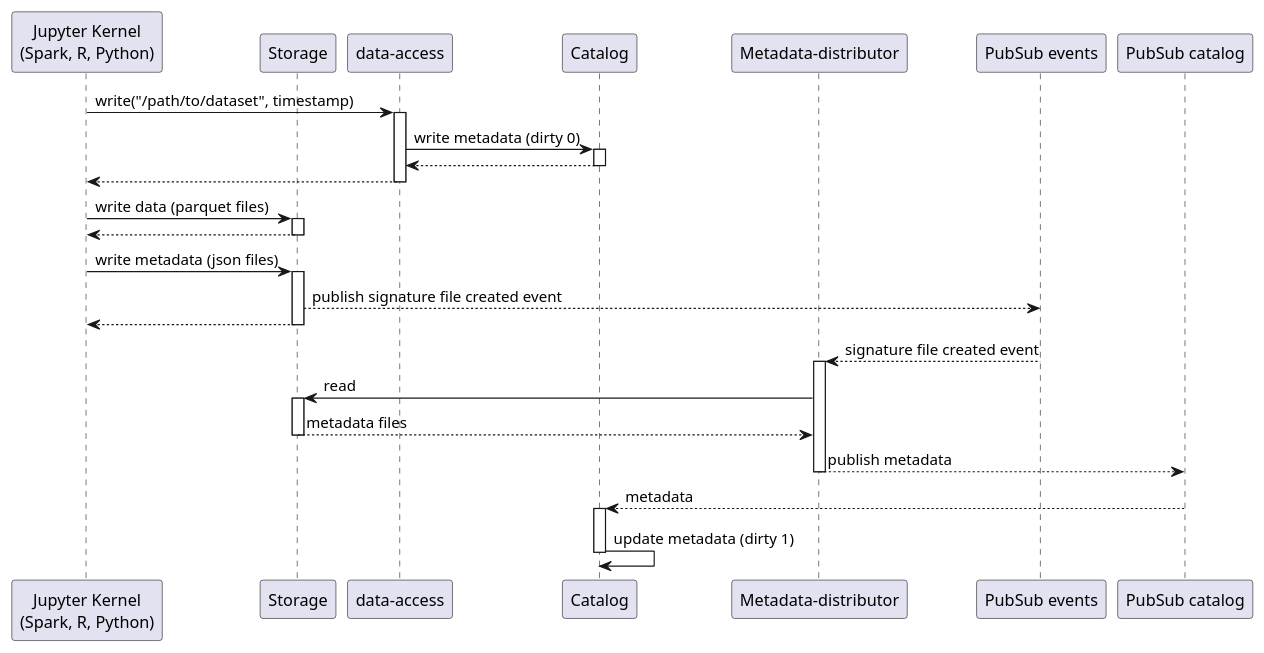
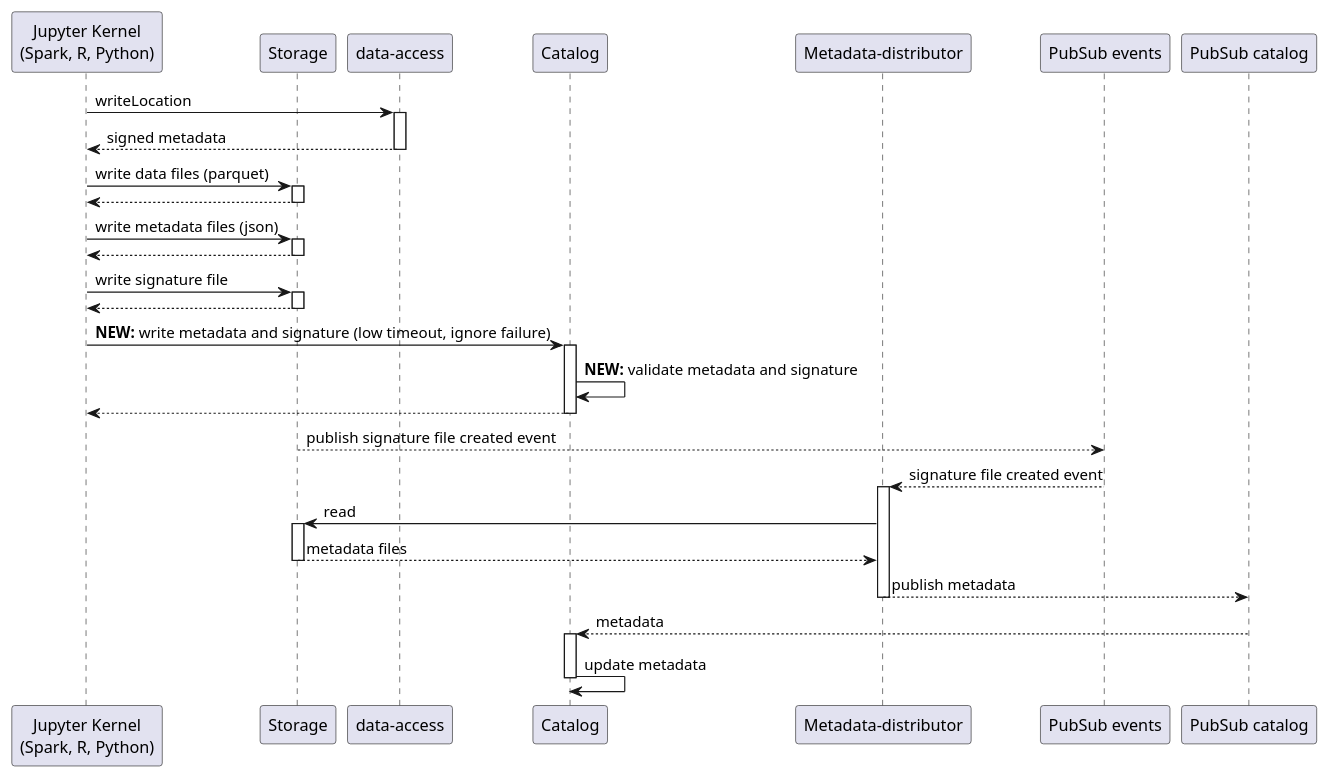
The diagram in doc/metadata-write-sequence.puml (statisticsnorway/dapla-project), drawn with PlantUML before and after one commit.

Commit message:
New solution to keep catalog always updated (best effort)

```diff
--- a/doc/metadata-write-sequence.puml
+++ b/doc/metadata-write-sequence.puml
@@ -1,33 +1,41 @@
 @startuml
 
 ' Participants
 
 participant "Jupyter Kernel\n(Spark, R, Python)" as kernel
 participant "Storage" as storage
 participant "data-access" as data_access
 participant "Catalog" as catalog
 participant "Metadata-distributor" as distributor
 participant "PubSub events" as pubsubevents
 participant "PubSub catalog" as pubsubcat
 
 
-kernel->data_access ++: write("/path/to/dataset", timestamp)
-data_access -> catalog ++ : write metadata (dirty 0)
+kernel->data_access ++: writeLocation
+return signed metadata
+
+kernel->storage ++: write data files (parquet)
 return
+kernel->storage ++: write metadata files (json)
 return
-kernel->storage ++: write data (parquet files)
+kernel->storage ++: write signature file
 return
-kernel->storage ++: write metadata (json files)
+
+kernel->catalog ++: <b>NEW:</b> write metadata and signature (low timeout, ignore failure)
+catalog->catalog : <b>NEW:</b> validate metadata and signature
+return
+
 storage-->pubsubevents: publish signature file created event
-return
+
 pubsubevents-->distributor++: signature file created event
 distributor->storage ++: read
 return metadata files
 distributor-->pubsubcat: publish metadata
 deactivate
+
 pubsubcat-->catalog++: metadata
-catalog->catalog: update metadata (dirty 1)
+catalog->catalog: update metadata
 
 deactivate
 
 @enduml
```
